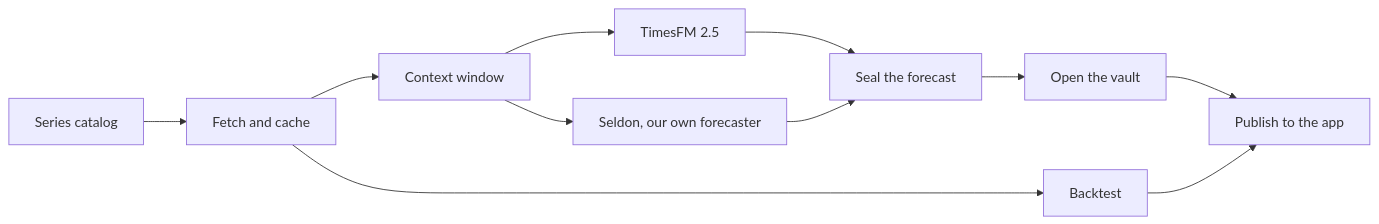
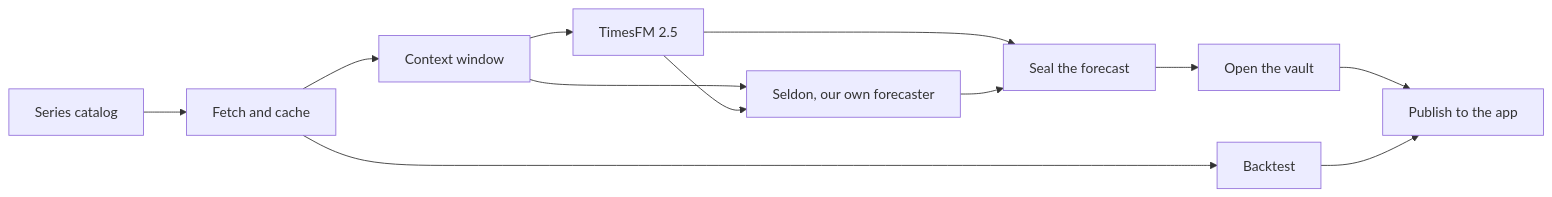
Before and after one commit to Normansrule/world-predictor: the diagram in docs/ARCHITECTURE.md, drawn with Mermaid. The commit also changed other lines of this file and 90 other files, not shown here.

````diff
--- a/docs/ARCHITECTURE.md
+++ b/docs/ARCHITECTURE.md
@@ -9,22 +9,23 @@
 ```mermaid
 flowchart LR
   catalog[Series catalog]
   fetch[Fetch and cache]
   context[Context window]
   model[TimesFM 2.5]
   seldon[Seldon, our own forecaster]
   seal[Seal the forecast]
   score[Open the vault]
   backtest[Backtest]
   publish[Publish to the app]
   catalog --> fetch
   fetch --> context
   context --> model
   context --> seldon
+  model --> seldon
   model --> seal
   seldon --> seal
   seal --> score
   score --> publish
   fetch --> backtest
   backtest --> publish
 ```
````
